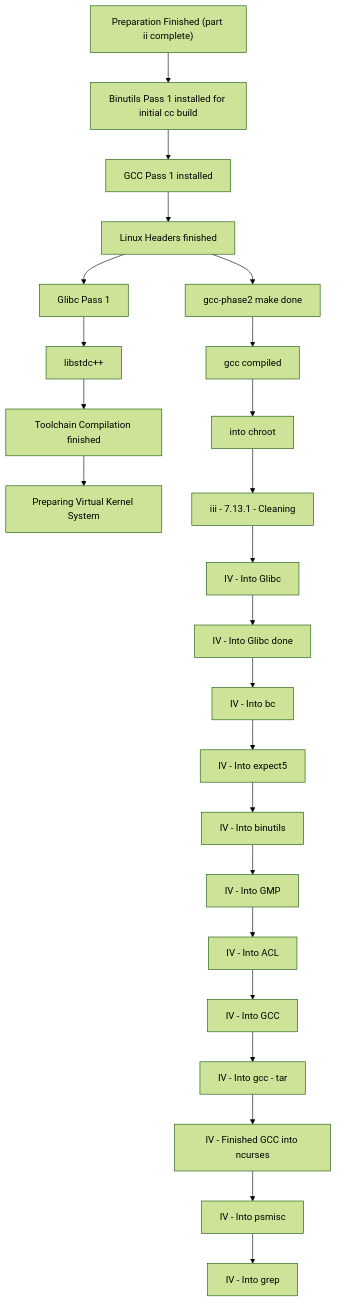
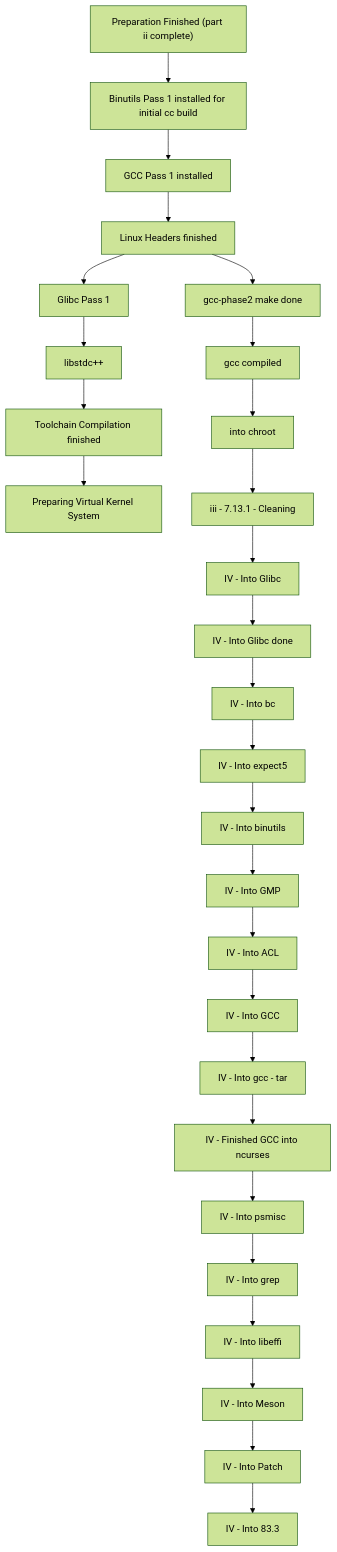
Before and after one commit to Somayyah/lfs: the diagram in snapshots.md, drawn with Mermaid (forest theme).

Commit message:
Into ch 9

````diff
--- a/snapshots.md
+++ b/snapshots.md
@@ -5,31 +5,35 @@
 ```mermaid
 flowchart TD;
     A["Preparation Finished (part ii complete)"]
     B["Binutils Pass 1 installed for initial cc build"]
     C["GCC Pass 1 installed"]
     D["Linux Headers finished"]
     E["Glibc Pass 1"]
     F["libstdc++"]
     G["Toolchain Compilation finished"]
     H["Preparing Virtual Kernel System"]
 
     D2["gcc-phase2 make done"]
 	E2["gcc compiled"]
 	F2["into chroot"]
 	G2["iii - 7.13.1 - Cleaning"]
 	H2["IV - Into Glibc"]
 	I2["IV - Into Glibc done"]
 	J2["IV - Into bc"]
 	K2["IV - Into expect5"]
 	L2["IV - Into binutils"]
 	M2["IV - Into GMP"]
 	N2["IV - Into ACL"]
 	O2["IV - Into GCC"]
 	P2["IV - Into gcc - tar"]
 	Q2["IV - Finished GCC into ncurses"]
 	R2["IV - Into psmisc"]
 	S2["IV - Into grep"]
+	T2["IV - Into libeffi"]
+	U2["IV - Into Meson"]
+	V2["IV - Into Patch"]
+	W2["IV - Into 83.3"]
 	
     A --> B --> C --> D --> E --> F --> G --> H;
-    D --> D2 --> E2 --> F2 --> G2 --> H2 --> I2 --> J2 --> K2 --> L2 --> M2 --> N2 --> O2 --> P2 --> Q2 --> R2 --> S2;
+    D --> D2 --> E2 --> F2 --> G2 --> H2 --> I2 --> J2 --> K2 --> L2 --> M2 --> N2 --> O2 --> P2 --> Q2 --> R2 --> S2 --> T2 --> U2 --> V2 --> W2;
 ```
````
